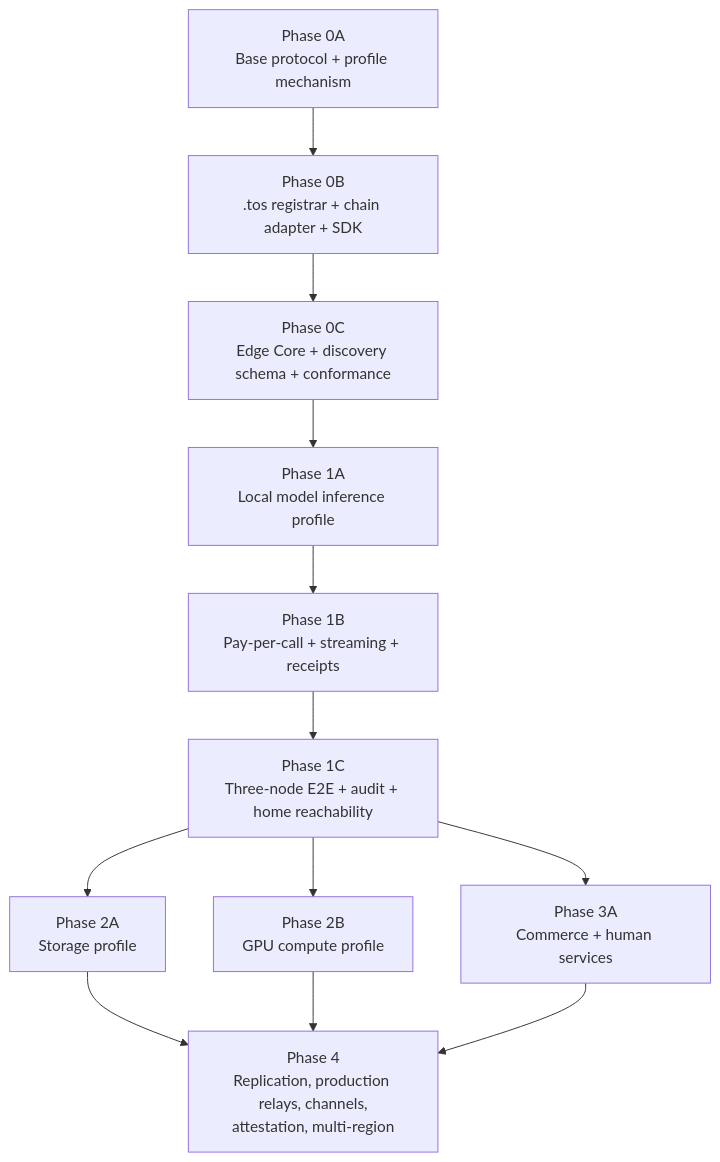
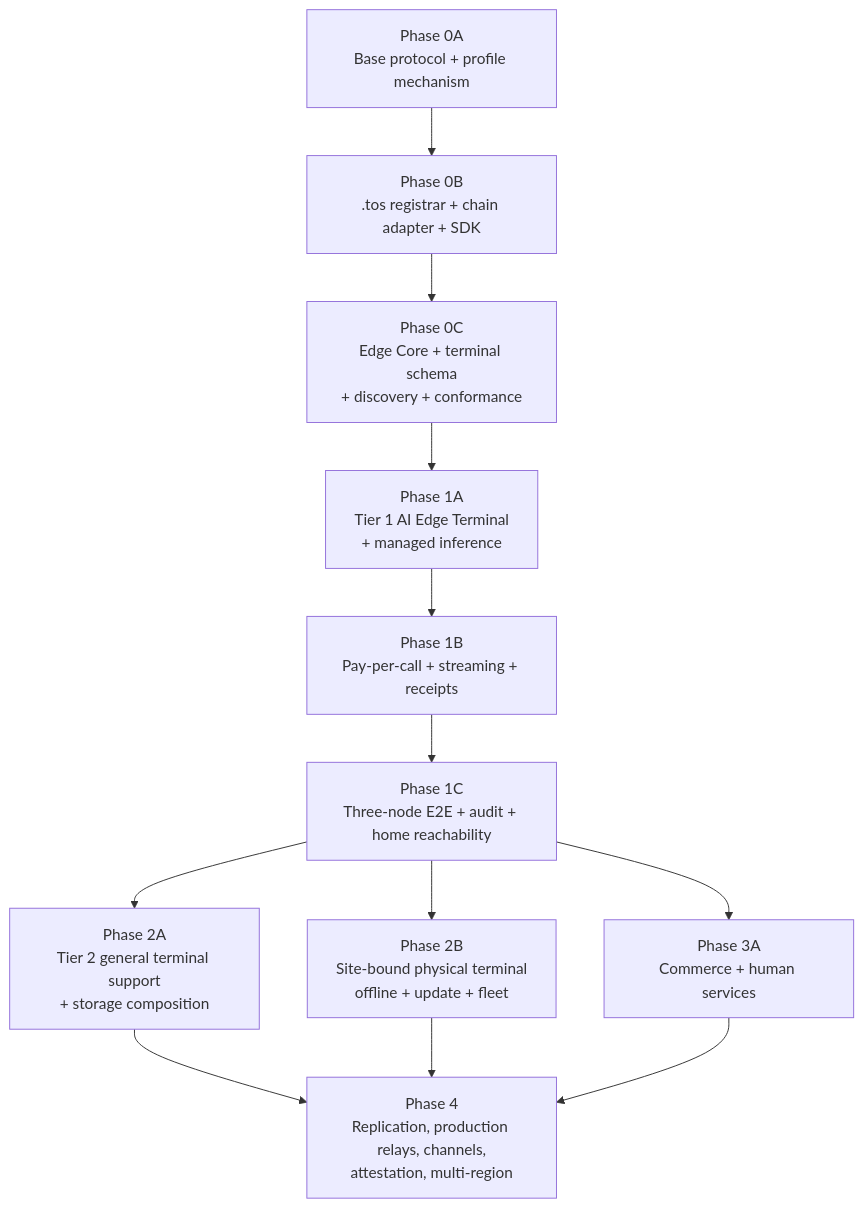
The fifth of 5 diagrams in doc/the-tos-protocol-implementation-plan.md (tosnetwork/tos), drawn with Mermaid before and after one commit. The commit also changed other lines of this file and 15 other files, not shown here.

````diff
--- a/doc/the-tos-protocol-implementation-plan.md
+++ b/doc/the-tos-protocol-implementation-plan.md
@@ -1178,17 +1307,17 @@
 ```mermaid
 flowchart TB
     P0A["Phase 0A<br/>Base protocol + profile mechanism"] --> P0B["Phase 0B<br/>.tos registrar + chain adapter + SDK"]
-    P0B --> P0C["Phase 0C<br/>Edge Core + discovery schema + conformance"]
+    P0B --> P0C["Phase 0C<br/>Edge Core + terminal schema<br/>+ discovery + conformance"]
 
-    P0C --> P1A["Phase 1A<br/>Local model inference profile"]
+    P0C --> P1A["Phase 1A<br/>Tier 1 AI Edge Terminal<br/>+ managed inference"]
     P1A --> P1B["Phase 1B<br/>Pay-per-call + streaming + receipts"]
     P1B --> P1C["Phase 1C<br/>Three-node E2E + audit + home reachability"]
 
-    P1C --> P2A["Phase 2A<br/>Storage profile"]
-    P1C --> P2B["Phase 2B<br/>GPU compute profile"]
+    P1C --> P2A["Phase 2A<br/>Tier 2 general terminal support<br/>+ storage composition"]
+    P1C --> P2B["Phase 2B<br/>Site-bound physical terminal<br/>offline + update + fleet"]
     P1C --> P3A["Phase 3A<br/>Commerce + human services"]
 
     P2A --> P4["Phase 4<br/>Replication, production relays, channels,<br/>attestation, multi-region"]
     P2B --> P4
     P3A --> P4
 ```
````
